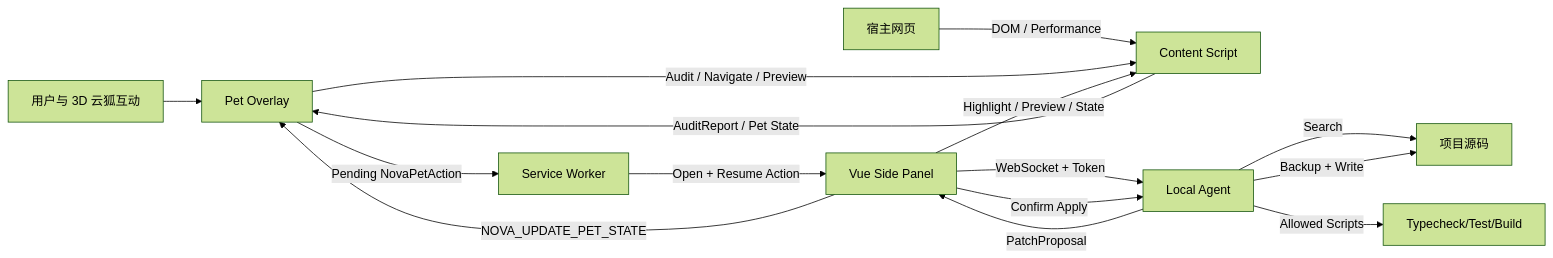
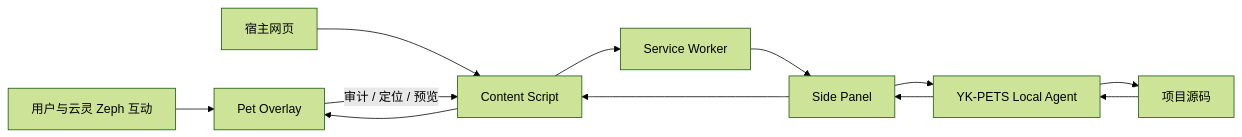
One commit to yokry-he/yk-pets changed the diagram in docs/zh-CN/ARCHITECTURE.md. Above: the diagram before and after it, drawn with Mermaid (forest theme). The commit also changed other lines of this file, not shown here.

Commit message:
docs: update YK-PETS architecture

````diff
--- a/docs/zh-CN/ARCHITECTURE.md
+++ b/docs/zh-CN/ARCHITECTURE.md
@@ -198,17 +178,14 @@
 ```mermaid
 flowchart LR
-  User[用户与 3D 云狐互动] --> Pet[Pet Overlay]
-  Page[宿主网页] -->|DOM / Performance| Content[Content Script]
-  Pet -->|Audit / Navigate / Preview| Content
-  Content -->|AuditReport / Pet State| Pet
-  Pet -->|Pending NovaPetAction| Background[Service Worker]
-  Background -->|Open + Resume Action| Side[Vue Side Panel]
-  Side -->|Highlight / Preview / State| Content
-  Side -->|WebSocket + Token| Agent[Local Agent]
-  Agent -->|Search| Source[项目源码]
-  Agent -->|PatchProposal| Side
-  Side -->|Confirm Apply| Agent
-  Agent -->|Backup + Write| Source
-  Agent -->|Allowed Scripts| Checks[Typecheck/Test/Build]
-  Side -->|NOVA_UPDATE_PET_STATE| Pet
+  User[用户与云灵 Zeph 互动] --> Pet[Pet Overlay]
+  Page[宿主网页] --> Content[Content Script]
+  Pet -->|审计 / 定位 / 预览| Content
+  Content --> Background[Service Worker]
+  Background --> Side[Side Panel]
+  Side --> Agent[YK-PETS Local Agent]
+  Agent --> Source[项目源码]
+  Source --> Agent
+  Agent --> Side
+  Side --> Content
+  Content --> Pet
 ```
````
